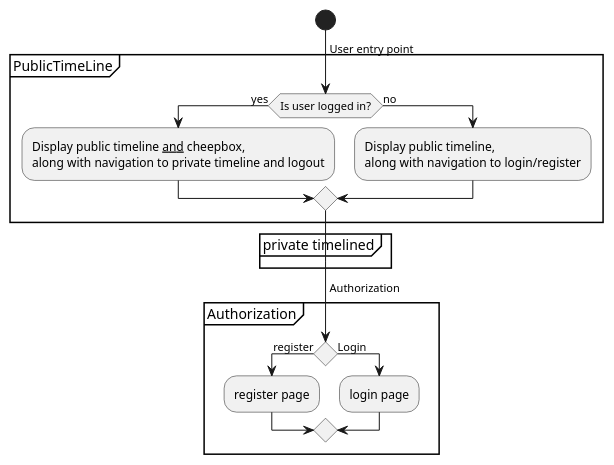
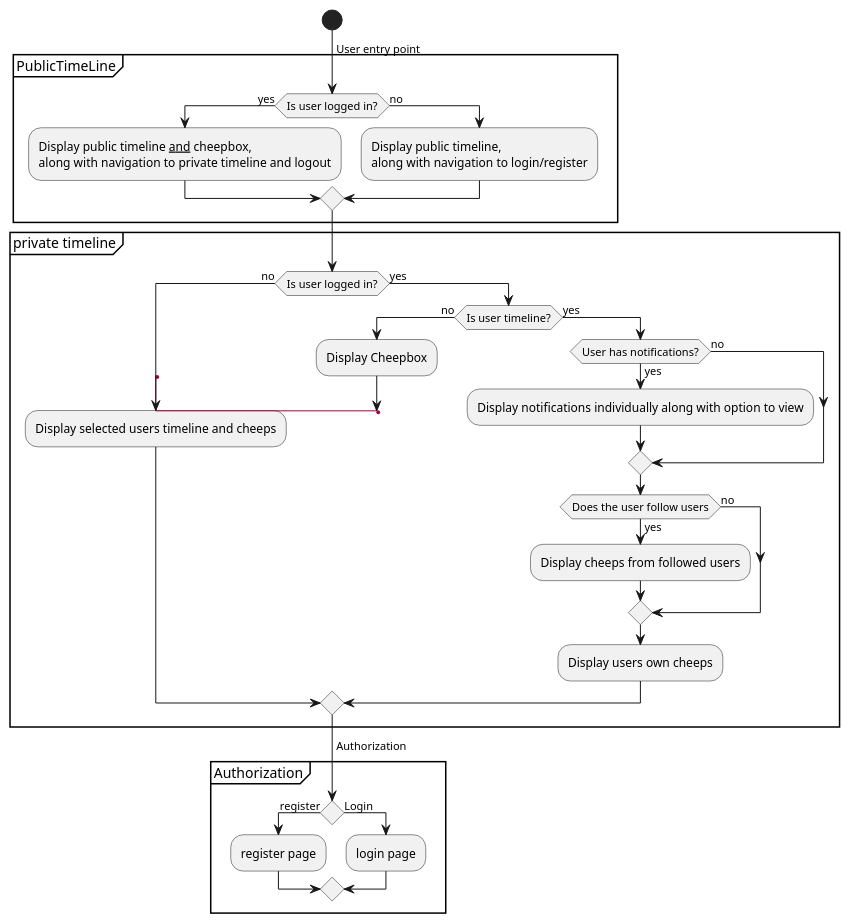
Before and after one commit to ITU-BDSA2024-GROUP12/Chirp: the diagram in docs/diagrams/src/ActivityDiagram.wsd, drawn with PlantUML.

Commit message:
Added Private timeline to activity diagram

```diff
--- a/docs/diagrams/src/ActivityDiagram.wsd
+++ b/docs/diagrams/src/ActivityDiagram.wsd
@@ -1,22 +1,43 @@
 @startuml
 start
 group PublicTimeLine 
     -> User entry point;
     if (Is user logged in?) then (yes)
         :Display public timeline __and__ cheepbox,\nalong with navigation to private timeline and logout;
     else (no)
         :Display public timeline,\nalong with navigation to login/register;
     endif
 end group
-group private timelined
-
+group private timeline
+    if(Is user logged in?) then (no)
+        'The first two labels are only used as spacers'
+        label spacer1
+        label spacer2
+        label NonUserTimeline
+        :Display selected users timeline and cheeps;
+    else (yes)
+  if(Is user timeline?) then (no)
+            :Display Cheepbox;
+            goto NonUserTimeline
+        else (yes)
+            if(User has notifications?) then (no)
+            else (yes)
+            :Display notifications individually along with option to view;
+            endif
+            if(Does the user follow users) then (no)
+            else (yes)
+            :Display cheeps from followed users;
+            endif
+            :Display users own cheeps;
+        endif
+    endif
 end group
 partition Authorization {
     -> Authorization;
     if() then (register)
         :register page;
     else (Login)
         :login page;
     endif
     }
 @enduml
```
